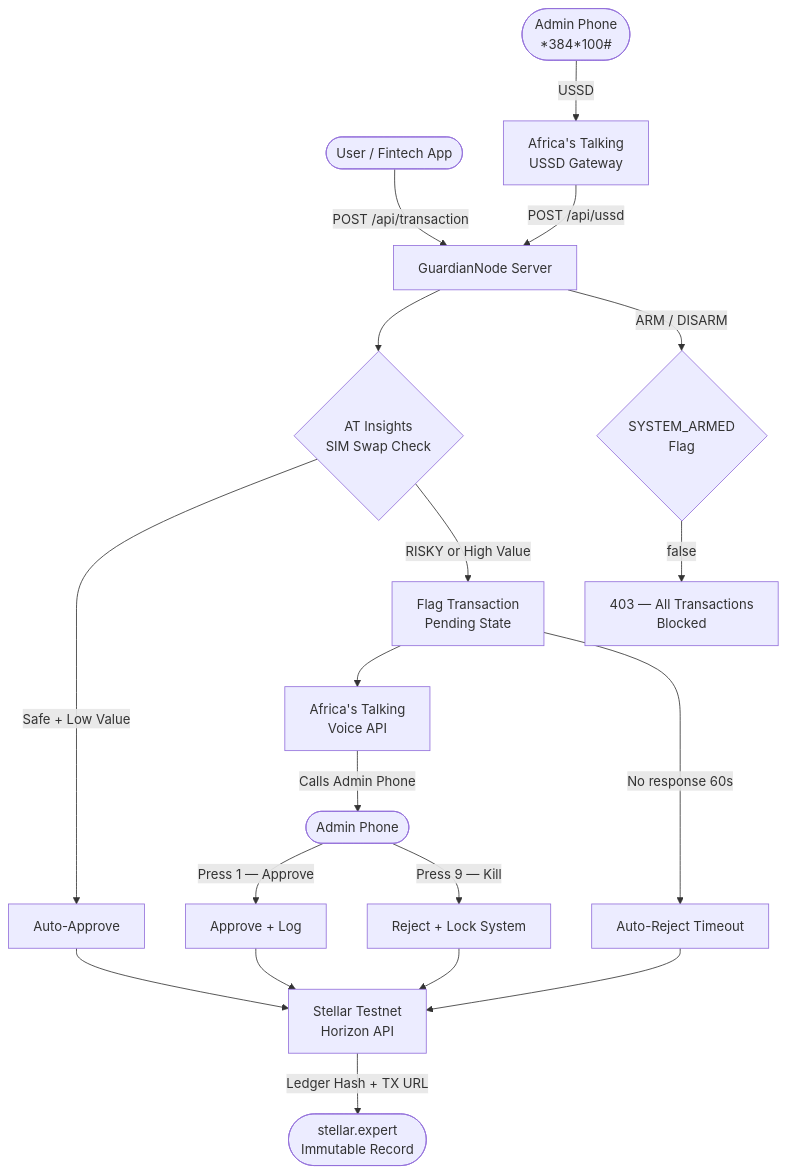
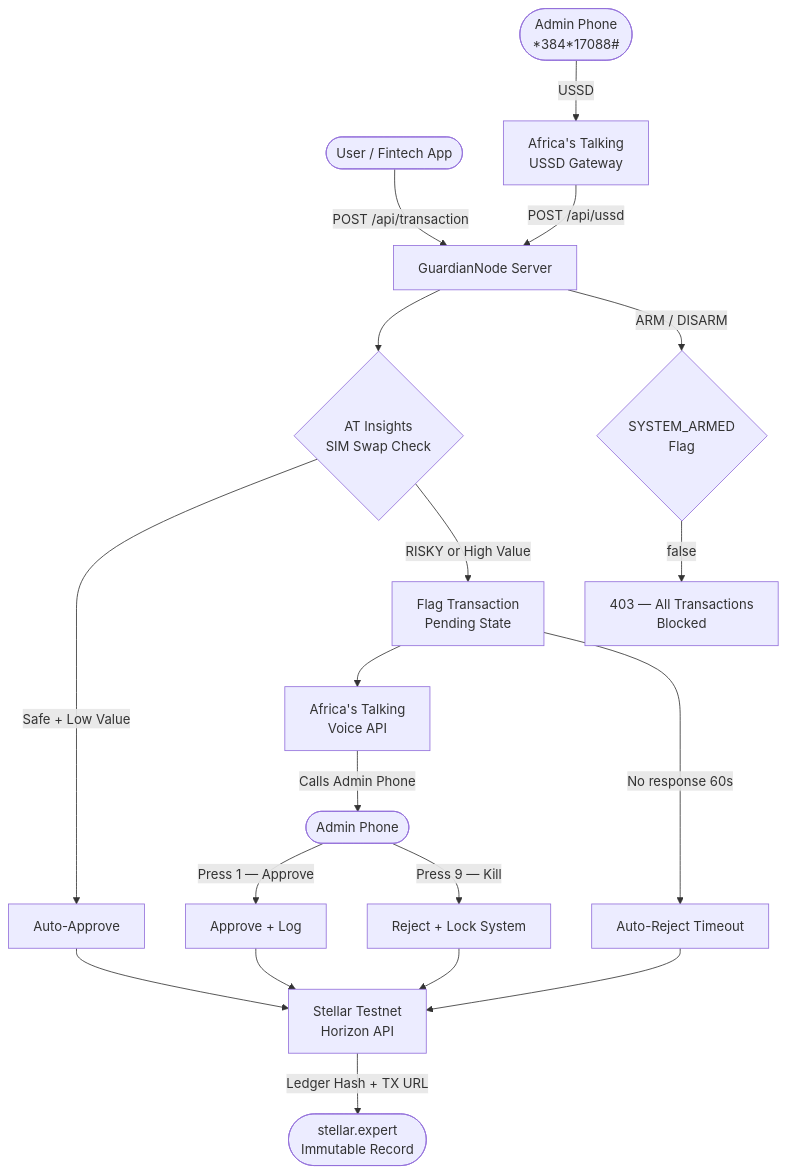
Before and after one commit to liliankavengi/GuardianNode: the diagram in README.md, drawn with Mermaid. The commit also changed other lines of this file and 6 other files, not shown here.

````diff
--- a/README.md
+++ b/README.md
@@ -16,25 +16,25 @@
 ```mermaid
 flowchart TD
     A([User / Fintech App]) -->|POST /api/transaction| B[GuardianNode Server]
 
     B --> C{AT Insights\nSIM Swap Check}
     C -->|Safe + Low Value| D[Auto-Approve]
     C -->|RISKY or High Value| E[Flag Transaction\nPending State]
 
     E --> F[Africa's Talking\nVoice API]
     F -->|Calls Admin Phone| G([Admin Phone])
     G -->|Press 1 — Approve| H[Approve + Log]
     G -->|Press 9 — Kill| I[Reject + Lock System]
     E -->|No response 60s| J[Auto-Reject Timeout]
 
-    K([Admin Phone\n*384*100#]) -->|USSD| L[Africa's Talking\nUSSD Gateway]
+    K([Admin Phone\n*384*17088#]) -->|USSD| L[Africa's Talking\nUSSD Gateway]
     L -->|POST /api/ussd| B
     B -->|ARM / DISARM| M{SYSTEM_ARMED\nFlag}
     M -->|false| N[403 — All Transactions\nBlocked]
 
     D --> O[Stellar Testnet\nHorizon API]
     H --> O
     I --> O
     J --> O
     O -->|Ledger Hash + TX URL| P([stellar.expert\nImmutable Record])
 ```
````
